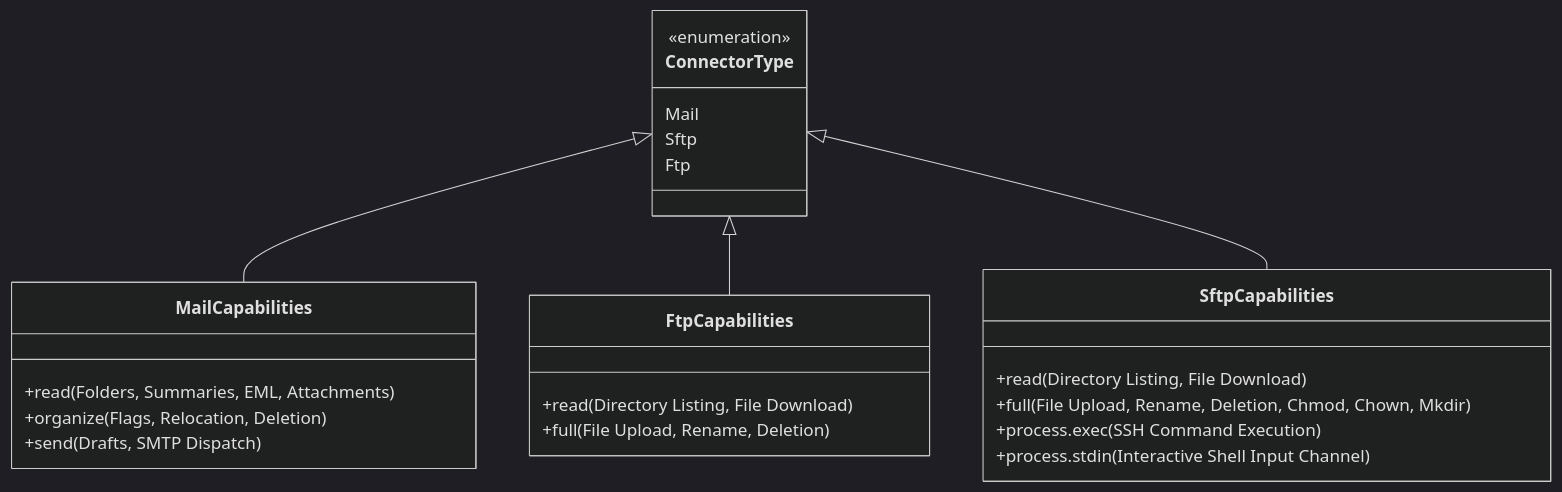
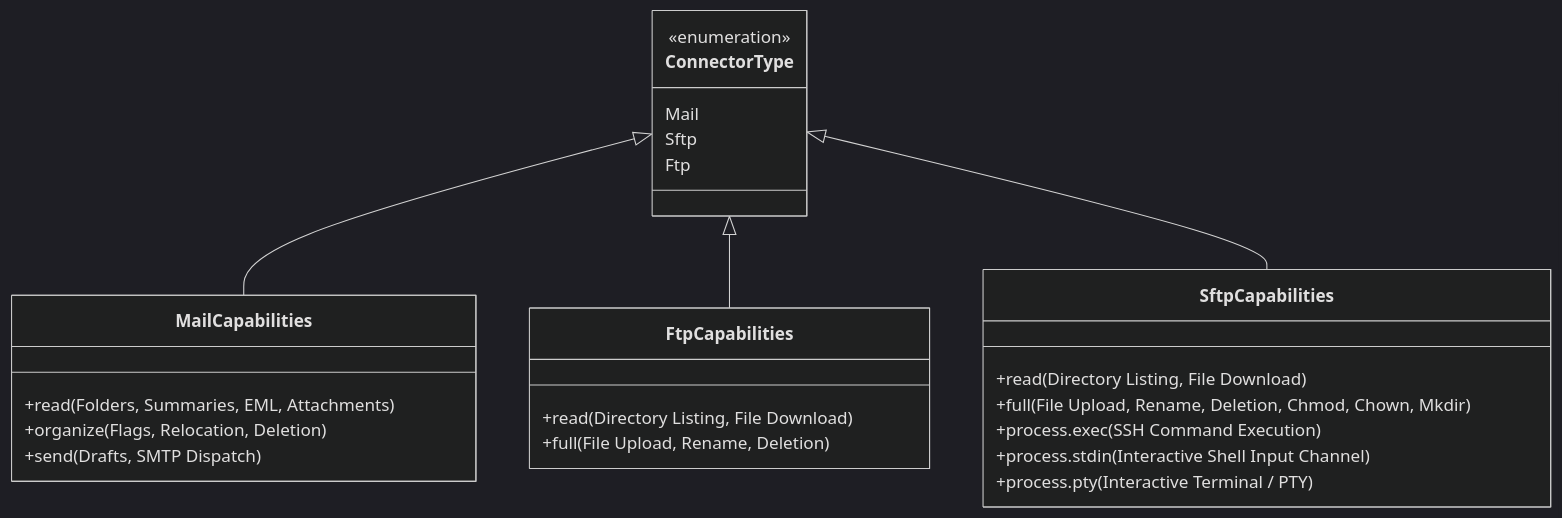
Before and after one commit to joelaniol/nova: the third of 4 diagrams in docs/core-features/connectors/README.md, drawn with Mermaid (dark theme). The commit also changed other lines of this file and 19 other files, not shown here.

````diff
--- a/docs/core-features/connectors/README.md
+++ b/docs/core-features/connectors/README.md
@@ -133,31 +133,32 @@
 ```mermaid
 classDiagram
     class ConnectorType {
         <<enumeration>>
         Mail
         Sftp
         Ftp
     }
 
     class MailCapabilities {
         +read (Folders, Summaries, EML, Attachments)
         +organize (Flags, Relocation, Deletion)
         +send (Drafts, SMTP Dispatch)
     }
 
     class FtpCapabilities {
         +read (Directory Listing, File Download)
         +full (File Upload, Rename, Deletion)
     }
 
     class SftpCapabilities {
         +read (Directory Listing, File Download)
         +full (File Upload, Rename, Deletion, Chmod, Chown, Mkdir)
         +process.exec (SSH Command Execution)
         +process.stdin (Interactive Shell Input Channel)
+        +process.pty (Interactive Terminal / PTY)
     }
 
     ConnectorType <|-- MailCapabilities
     ConnectorType <|-- FtpCapabilities
     ConnectorType <|-- SftpCapabilities
 ```
````
